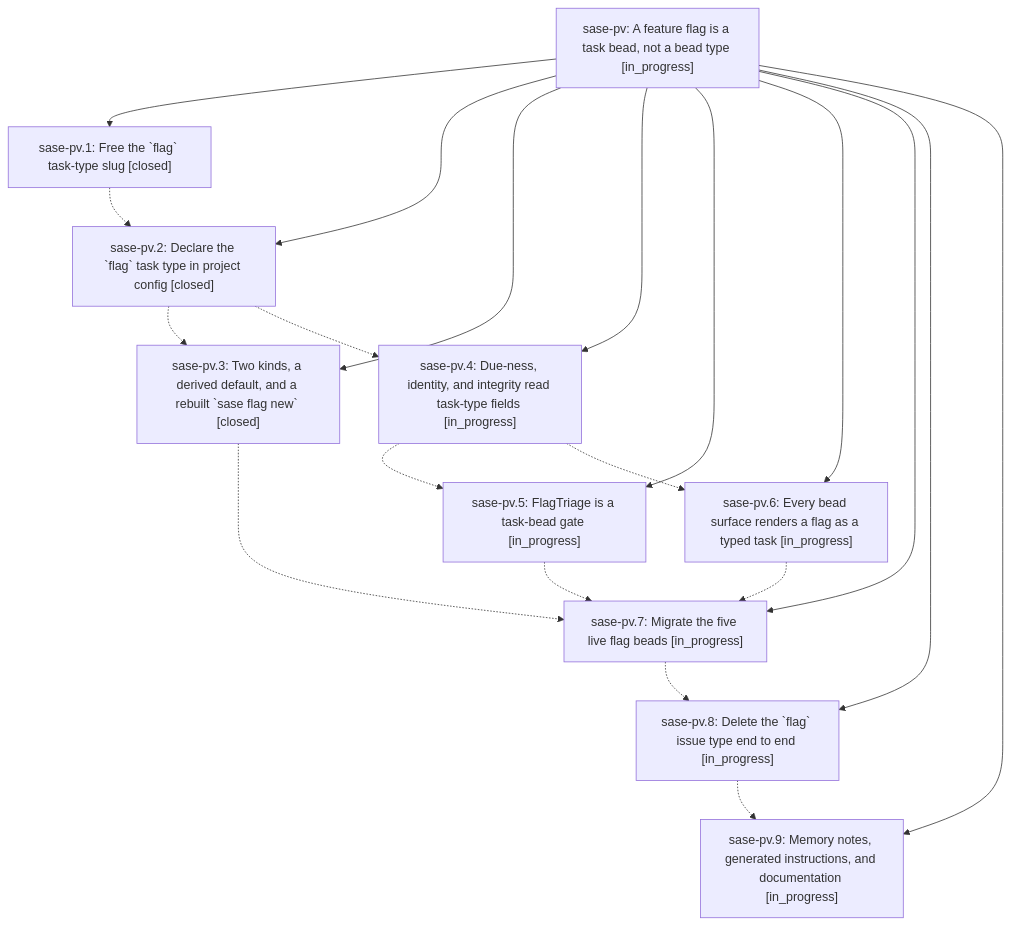
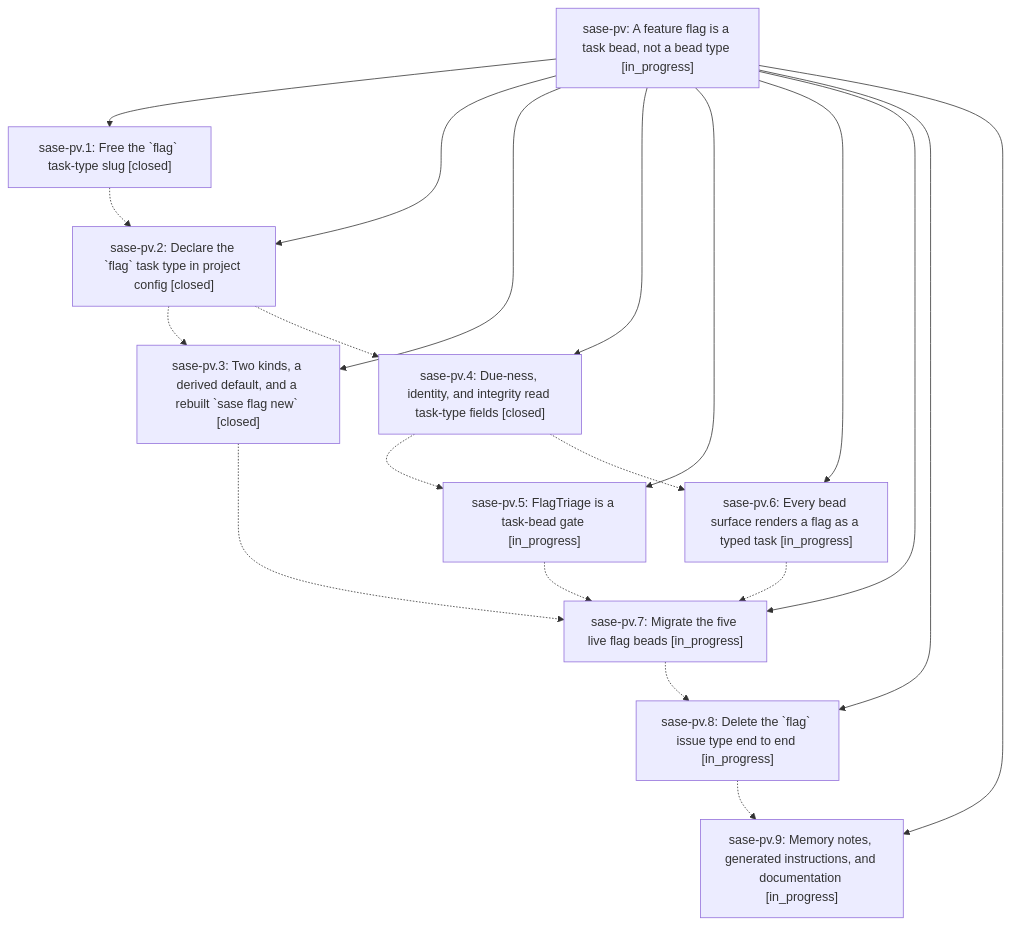
One commit to sase-org/sase--beads changed the diagram in pages/sase-pv/README.md. Above: the diagram before and after it, drawn with Mermaid. The commit also changed other lines of this file and 4 other files, not shown here.

````diff
--- a/pages/sase-pv/README.md
+++ b/pages/sase-pv/README.md
@@ -30,32 +30,32 @@
 ```mermaid
 flowchart TD
     n0["sase-pv: A feature flag is a task bead, not a bead type [in_progress]"]
     n1["sase-pv.1: Free the `flag` task-type slug [closed]"]
     n2["sase-pv.2: Declare the `flag` task type in project config [closed]"]
     n3["sase-pv.3: Two kinds, a derived default, and a rebuilt `sase flag new` [closed]"]
-    n4["sase-pv.4: Due-ness, identity, and integrity read task-type fields [in_progress]"]
+    n4["sase-pv.4: Due-ness, identity, and integrity read task-type fields [closed]"]
     n5["sase-pv.5: FlagTriage is a task-bead gate [in_progress]"]
     n6["sase-pv.6: Every bead surface renders a flag as a typed task [in_progress]"]
     n7["sase-pv.7: Migrate the five live flag beads [in_progress]"]
     n8["sase-pv.8: Delete the `flag` issue type end to end [in_progress]"]
     n9["sase-pv.9: Memory notes, generated instructions, and documentation [in_progress]"]
     n0 --> n1
     n0 --> n2
     n0 --> n3
     n0 --> n4
     n0 --> n5
     n0 --> n6
     n0 --> n7
     n0 --> n8
     n0 --> n9
     n1 -.-> n2
     n2 -.-> n3
     n2 -.-> n4
     n3 -.-> n7
     n4 -.-> n5
     n4 -.-> n6
     n5 -.-> n7
     n6 -.-> n7
     n7 -.-> n8
     n8 -.-> n9
 ```
````
